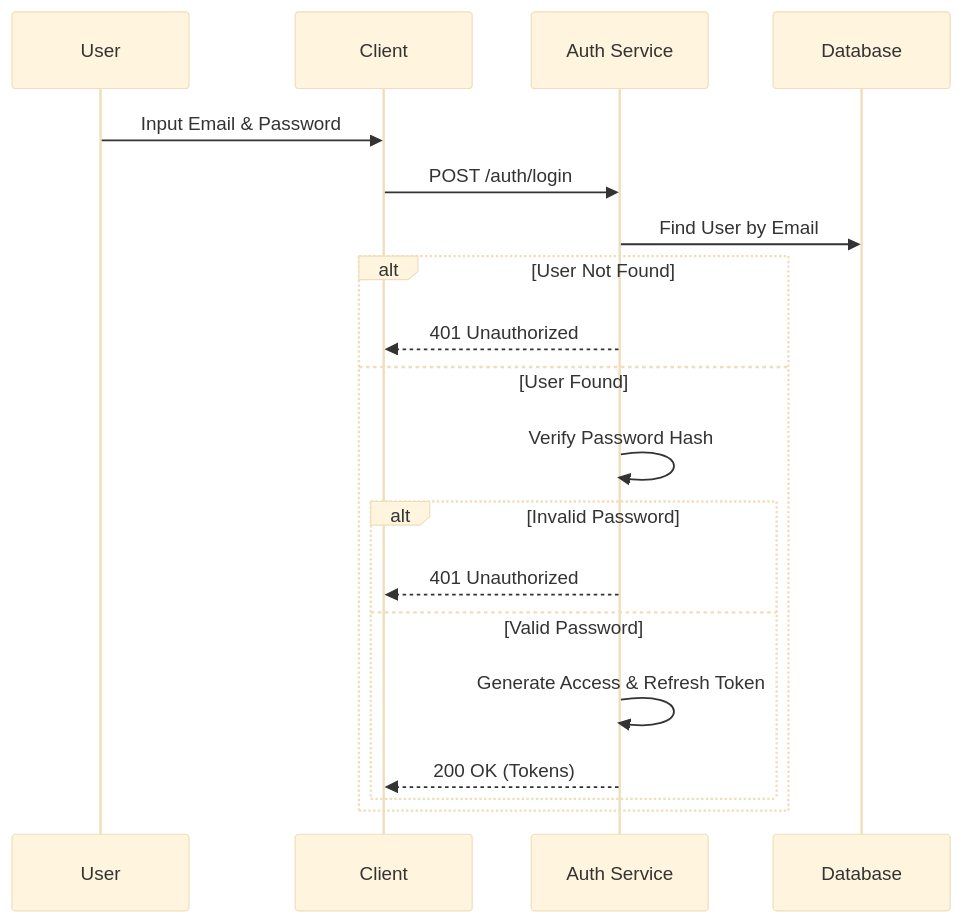
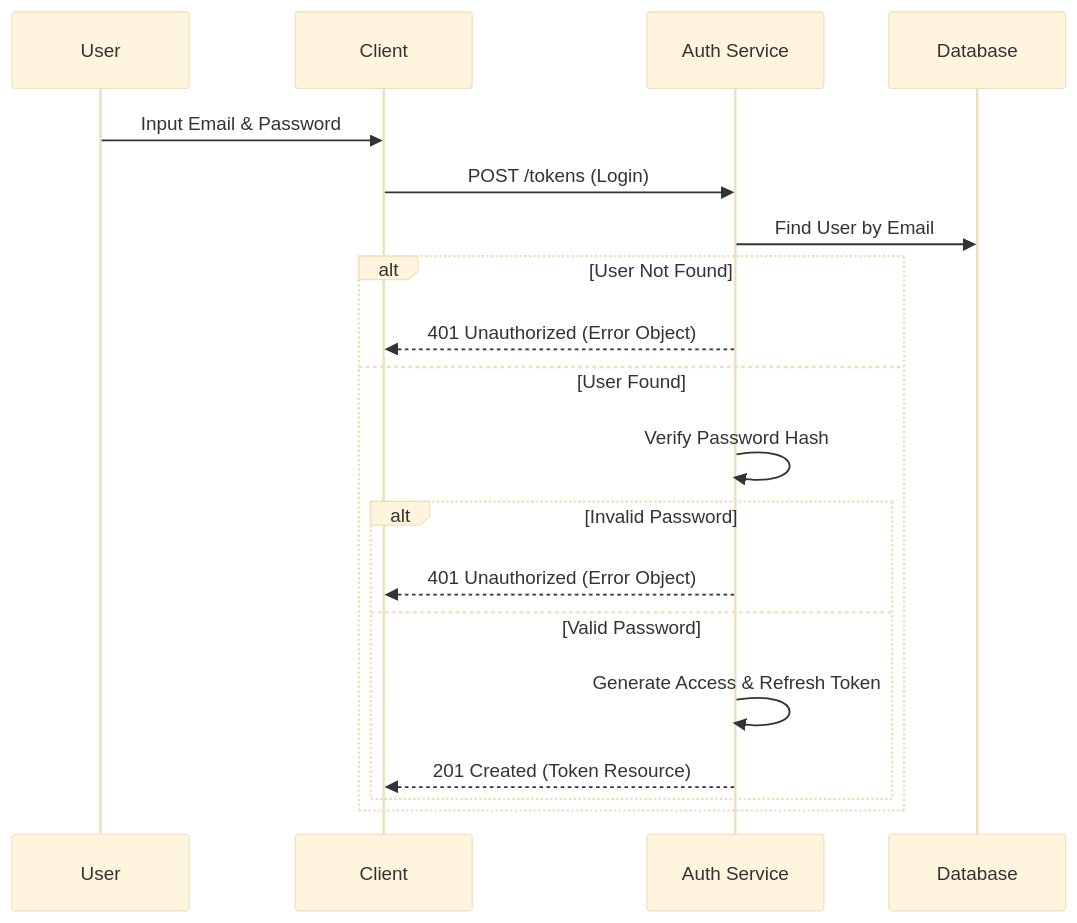
The first of 3 diagrams in .agent/modules/iam-security/authentication.md (vheins/vibe-coding-template), drawn with Mermaid (base theme) before and after one commit. The commit also changed other lines of this file and 3 other files, not shown here.

````diff
--- a/.agent/modules/iam-security/authentication.md
+++ b/.agent/modules/iam-security/authentication.md
@@ -23,22 +68,22 @@
 ```mermaid
 sequenceDiagram
     participant User
     participant Client
     participant API as Auth Service
     participant DB as Database
 
     User->>Client: Input Email & Password
-    Client->>API: POST /auth/login
+    Client->>API: POST /tokens (Login)
     API->>DB: Find User by Email
     alt User Not Found
-        API-->>Client: 401 Unauthorized
+        API-->>Client: 401 Unauthorized (Error Object)
     else User Found
         API->>API: Verify Password Hash
         alt Invalid Password
-            API-->>Client: 401 Unauthorized
+            API-->>Client: 401 Unauthorized (Error Object)
         else Valid Password
             API->>API: Generate Access & Refresh Token
-            API-->>Client: 200 OK (Tokens)
+            API-->>Client: 201 Created (Token Resource)
         end
     end
 ```
````
